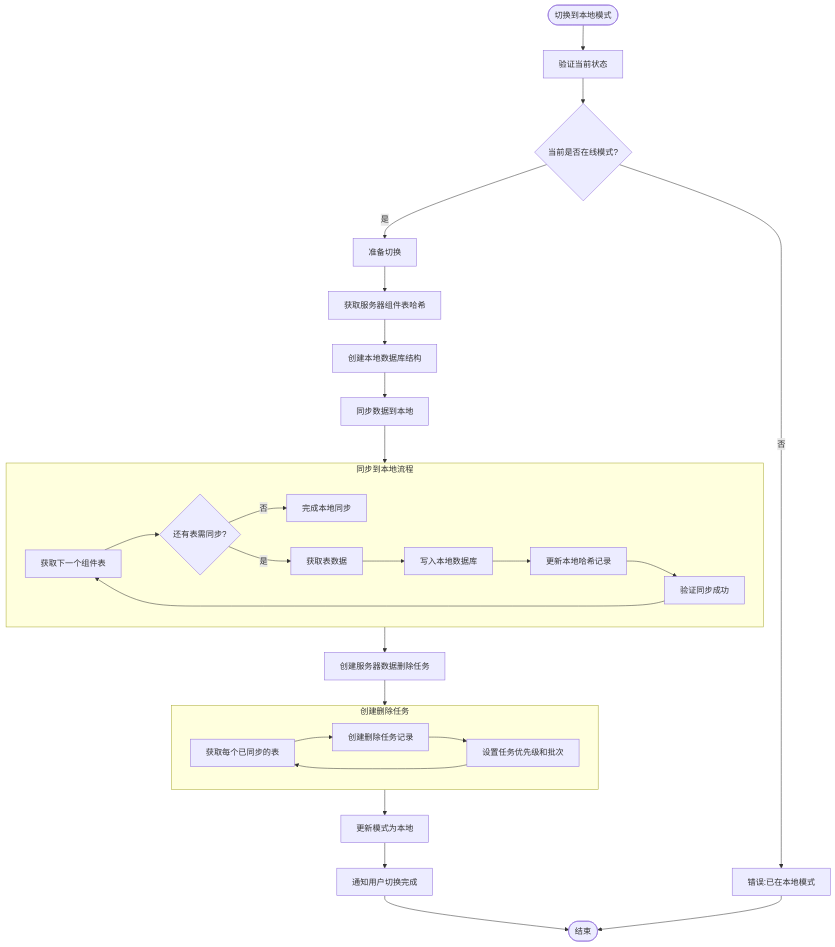
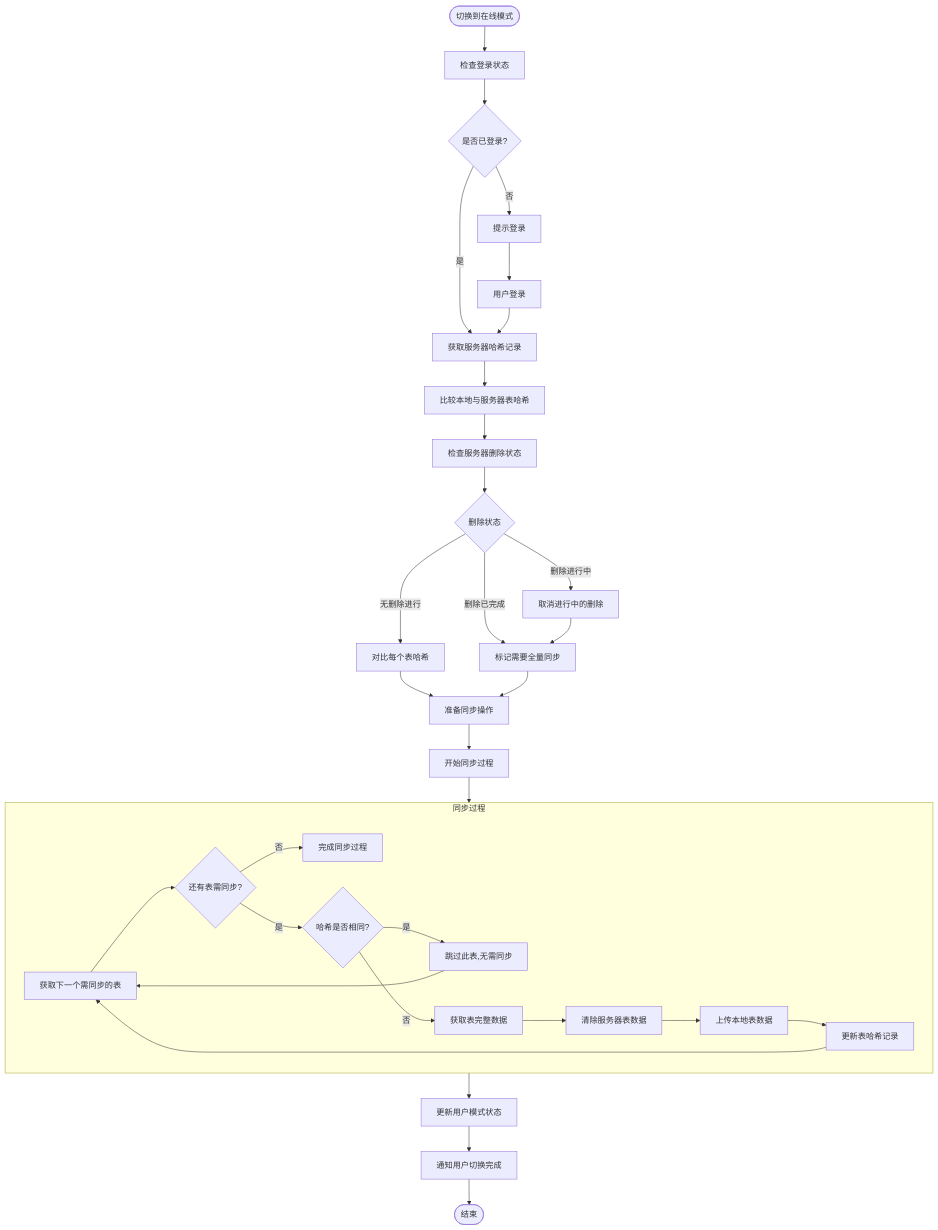
The diagram in all/未命名-51.md (yingjianzh/iodraw-files), drawn with Mermaid before and after one commit.

Commit message:
2025-05-08 16:20:26 update

````diff
--- a/all/未命名-51.md
+++ b/all/未命名-51.md
@@ -1,39 +1,47 @@
 ```mermaid
 flowchart TD
-    Start([切换到本地模式]) --> ValidateState[验证当前状态]
-    ValidateState --> CurrentMode{当前是否在线模式?}
+    Start([切换到在线模式]) --> CheckLogin[检查登录状态]
+    CheckLogin --> IsLoggedIn{是否已登录?}
     
-    CurrentMode -->|否| ErrorMode[错误:已在本地模式]
-    CurrentMode -->|是| PrepareTransition[准备切换]
+    IsLoggedIn -->|否| LoginPrompt[提示登录]
+    IsLoggedIn -->|是| FetchServerHashes[获取服务器哈希记录]
     
-    PrepareTransition --> A[获取服务器组件表哈希]
-    A --> B[创建本地数据库结构]
-    B --> SyncToLocal[同步数据到本地]
+    LoginPrompt --> UserLogin[用户登录]
+    UserLogin --> FetchServerHashes
     
-    subgraph SyncProcess [同步到本地流程]
-        C[获取下一个组件表] --> D{还有表需同步?}
-        D -->|否| CompleteLocalSync[完成本地同步]
-        D -->|是| E[获取表数据]
-        E --> F[写入本地数据库]
-        F --> G[更新本地哈希记录]
-        G --> H[验证同步成功]
-        H --> C
+    FetchServerHashes --> CompareTables[比较本地与服务器表哈希]
+    CompareTables --> CheckDeletionStatus[检查服务器删除状态]
+    
+    CheckDeletionStatus --> DeletionState{删除状态}
+    
+    DeletionState -->|无删除进行| CompareHashes[对比每个表哈希]
+    DeletionState -->|删除进行中| CancelDeletion[取消进行中的删除]
+    DeletionState -->|删除已完成| ForceFullSync[标记需要全量同步]
+    
+    CancelDeletion --> ForceFullSync
+    
+    CompareHashes --> PrepareSync[准备同步操作]
+    ForceFullSync --> PrepareSync
+    
+    PrepareSync --> BeginSyncProcess[开始同步过程]
+    
+    subgraph SyncProcess [同步过程]
+        A[获取下一个需同步的表] --> B{还有表需同步?}
+        B -->|否| CompleteSyncProcess[完成同步过程]
+        B -->|是| C{哈希是否相同?}
+        
+        C -->|是| TablesSkipped[跳过此表,无需同步]
+        C -->|否| D[获取表完整数据]
+        TablesSkipped --> A
+        
+        D --> E[清除服务器表数据]
+        E --> F[上传本地表数据]
+        F --> G[更新表哈希记录]
+        G --> A
     end
     
-    SyncToLocal --> SyncProcess
-    
-    SyncProcess --> CreateDeletionTasks[创建服务器数据删除任务]
-    
-    subgraph DeletionTasks [创建删除任务]
-        I[获取每个已同步的表] --> J[创建删除任务记录]
-        J --> K[设置任务优先级和批次]
-        K --> I
-    end
-    
-    CreateDeletionTasks --> DeletionTasks
-    DeletionTasks --> UpdateModeLocal[更新模式为本地]
-    UpdateModeLocal --> NotifyUserComplete[通知用户切换完成]
-    
-    NotifyUserComplete --> End([结束])
-    ErrorMode --> End
+    BeginSyncProcess --> SyncProcess
+    SyncProcess --> UpdateModeState[更新用户模式状态]
+    UpdateModeState --> NotifyComplete[通知用户切换完成]
+    NotifyComplete --> End([结束])
 ```
````
